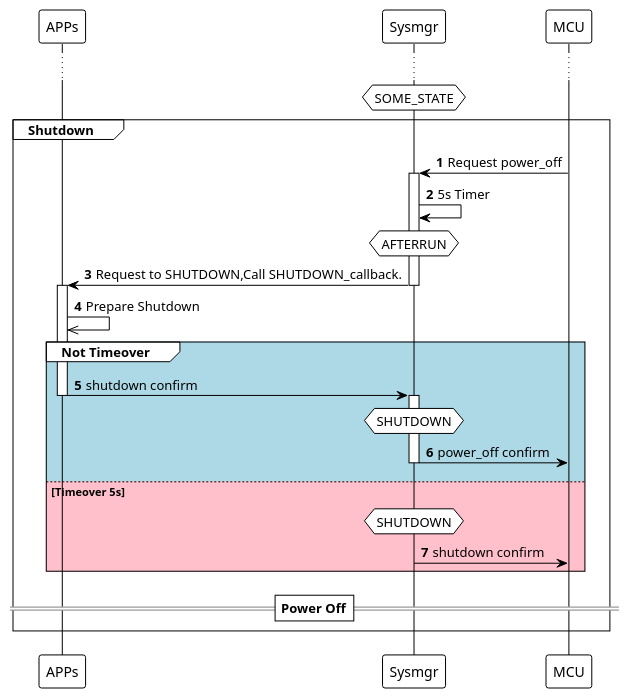
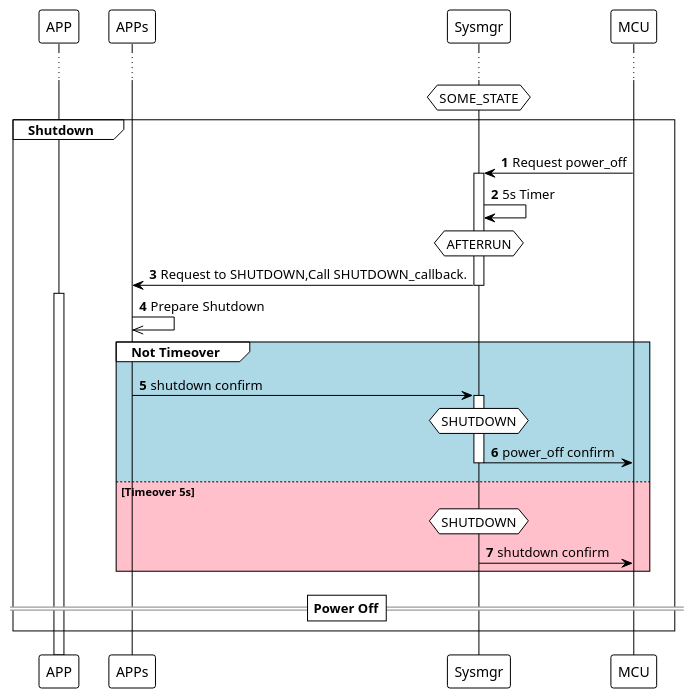
One commit to Pei-T/notebook changed the fourth of 5 diagrams in sysmgr/stateflow.md. Above: the diagram before and after it, drawn with PlantUML. The commit also changed other lines of this file and 16 other files, not shown here.

````diff
--- a/sysmgr/stateflow.md
+++ b/sysmgr/stateflow.md
@@ -159,36 +159,36 @@
 ```puml
-@startuml "statelfow"
+@startuml "StateFlow"
 !theme plain
 autonumber
 !pragma teoz true
 participant MCU order 40
 participant Sysmgr order 30
 participant APPs order 10
 ...
 hnote over Sysmgr:SOME_STATE
 group Shutdown
 {start} MCU->Sysmgr:Request power_off
 activate Sysmgr
 Sysmgr->Sysmgr:5s Timer
 hnote over Sysmgr:AFTERRUN
 Sysmgr->APPs:Request to SHUTDOWN,Call SHUTDOWN_callback.
-activate APPs
+activate APP
 deactivate Sysmgr
 APPs->>APPs:Prepare Shutdown
 group #LightBlue Not Timeover
 APPs->Sysmgr:shutdown confirm
 activate Sysmgr
 deactivate APPs
 hnote over Sysmgr:SHUTDOWN
 {end} Sysmgr->MCU:power_off confirm
 deactivate Sysmgr
 else #pink Timeover 5s
 hnote over Sysmgr:SHUTDOWN
 Sysmgr->MCU:shutdown confirm
 end
 
 ==Power Off==
 
 @enduml
 {start} <-> {end} :Max 5s
 ```
````
